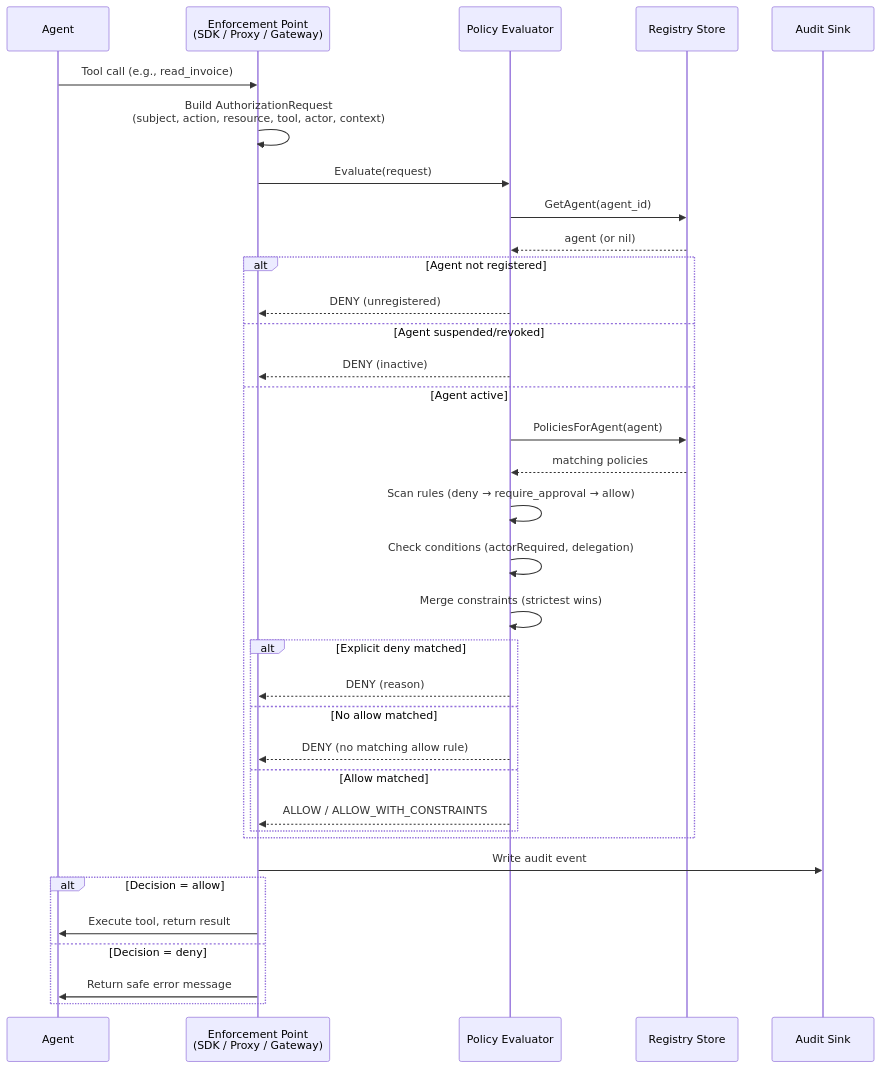
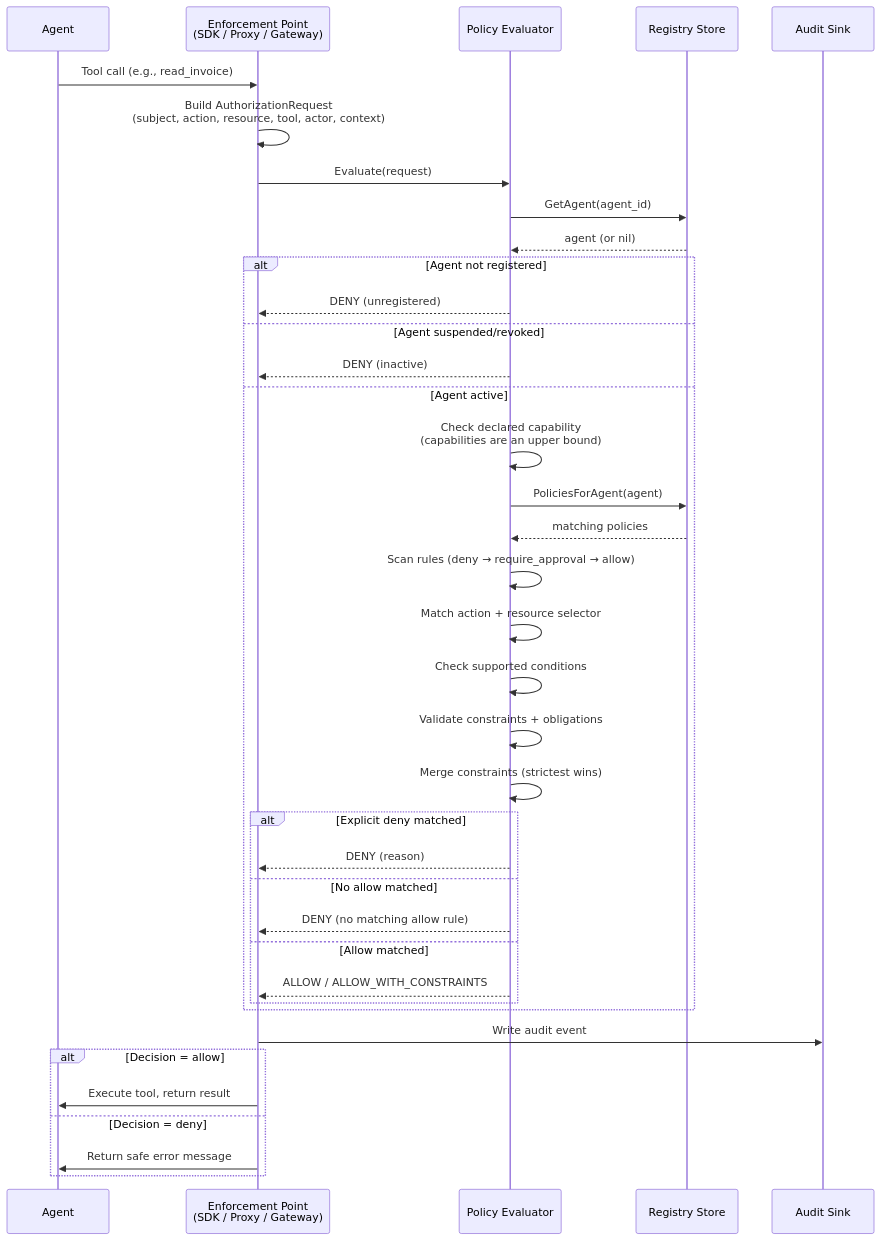
Before and after one commit to proishan11/open-agent-policy: the first of 3 diagrams in docs/flows/runtime-authorization.md, drawn with Mermaid. The commit also changed other lines of this file and 40 other files, not shown here.

````diff
--- a/docs/flows/runtime-authorization.md
+++ b/docs/flows/runtime-authorization.md
@@ -9,44 +9,47 @@
 ```mermaid
 sequenceDiagram
     participant Agent
     participant EP as Enforcement Point<br/>(SDK / Proxy / Gateway)
     participant Eval as Policy Evaluator
     participant Reg as Registry Store
     participant Audit as Audit Sink
 
     Agent->>EP: Tool call (e.g., read_invoice)
     EP->>EP: Build AuthorizationRequest<br/>(subject, action, resource, tool, actor, context)
 
     EP->>Eval: Evaluate(request)
     Eval->>Reg: GetAgent(agent_id)
     Reg-->>Eval: agent (or nil)
 
     alt Agent not registered
         Eval-->>EP: DENY (unregistered)
     else Agent suspended/revoked
         Eval-->>EP: DENY (inactive)
     else Agent active
+        Eval->>Eval: Check declared capability<br/>(capabilities are an upper bound)
         Eval->>Reg: PoliciesForAgent(agent)
         Reg-->>Eval: matching policies
 
         Eval->>Eval: Scan rules (deny → require_approval → allow)
-        Eval->>Eval: Check conditions (actorRequired, delegation)
+        Eval->>Eval: Match action + resource selector
+        Eval->>Eval: Check supported conditions
+        Eval->>Eval: Validate constraints + obligations
         Eval->>Eval: Merge constraints (strictest wins)
 
         alt Explicit deny matched
             Eval-->>EP: DENY (reason)
         else No allow matched
             Eval-->>EP: DENY (no matching allow rule)
         else Allow matched
             Eval-->>EP: ALLOW / ALLOW_WITH_CONSTRAINTS
         end
     end
 
     EP->>Audit: Write audit event
 
     alt Decision = allow
         EP->>Agent: Execute tool, return result
     else Decision = deny
         EP->>Agent: Return safe error message
     end
 ```
````
